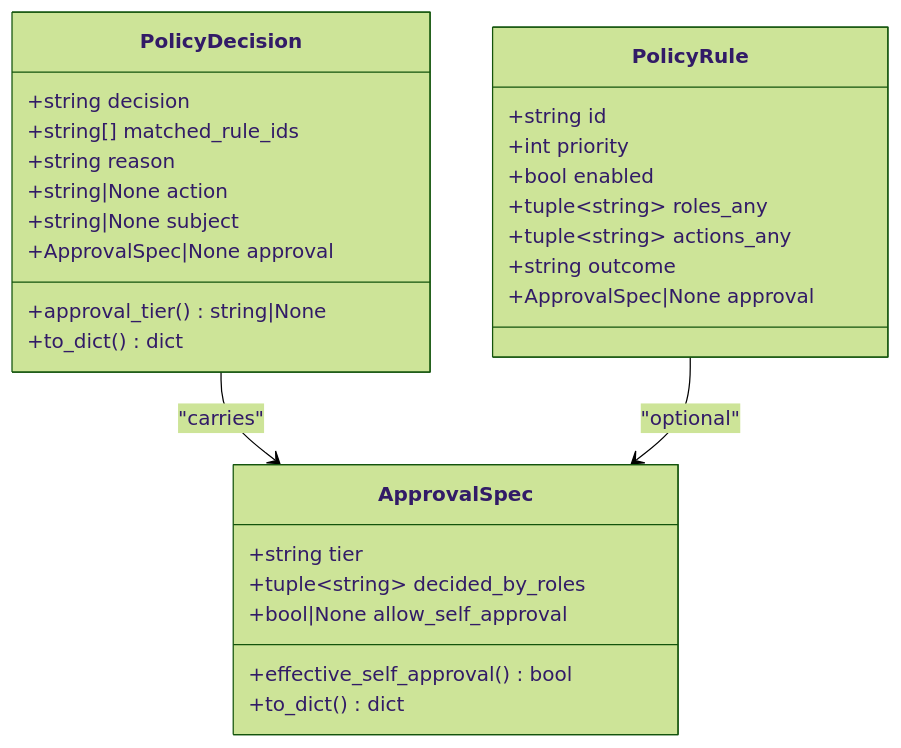
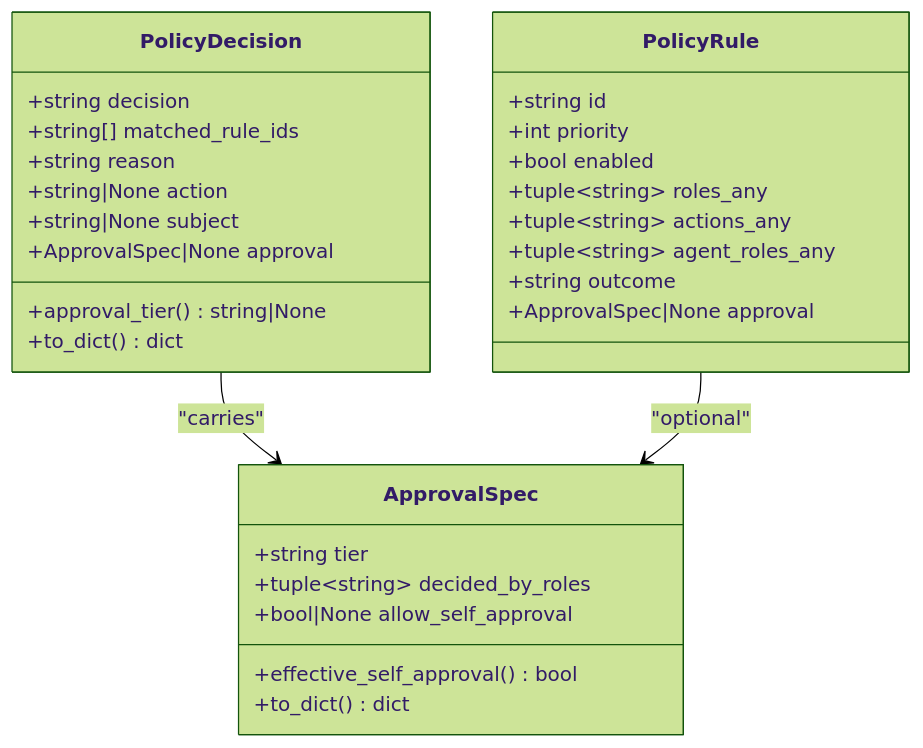
Before and after one commit to metasync/luban-aiops: the third of 5 diagrams in .qoder/repowiki/en/content/Security and Authorization/Authorization Policies/Policy Rules and Schema.md, drawn with Mermaid (forest theme). The commit also changed other lines of this file and 128 other files, not shown here.

````diff
--- a/.qoder/repowiki/en/content/Security and Authorization/Authorization Policies/Policy Rules and Schema.md
+++ b/.qoder/repowiki/en/content/Security and Authorization/Authorization Policies/Policy Rules and Schema.md
@@ -314,31 +327,32 @@
 ```mermaid
 classDiagram
 class ApprovalSpec {
 +string tier
 +tuple~string~ decided_by_roles
 +bool|None allow_self_approval
 +effective_self_approval() bool
 +to_dict() dict
 }
 class PolicyRule {
 +string id
 +int priority
 +bool enabled
 +tuple~string~ roles_any
 +tuple~string~ actions_any
++tuple~string~ agent_roles_any
 +string outcome
 +ApprovalSpec|None approval
 }
 class PolicyDecision {
 +string decision
 +string[] matched_rule_ids
 +string reason
 +string|None action
 +string|None subject
 +ApprovalSpec|None approval
 +approval_tier() string|None
 +to_dict() dict
 }
 PolicyDecision --> ApprovalSpec : "carries"
 PolicyRule --> ApprovalSpec : "optional"
 ```
````
